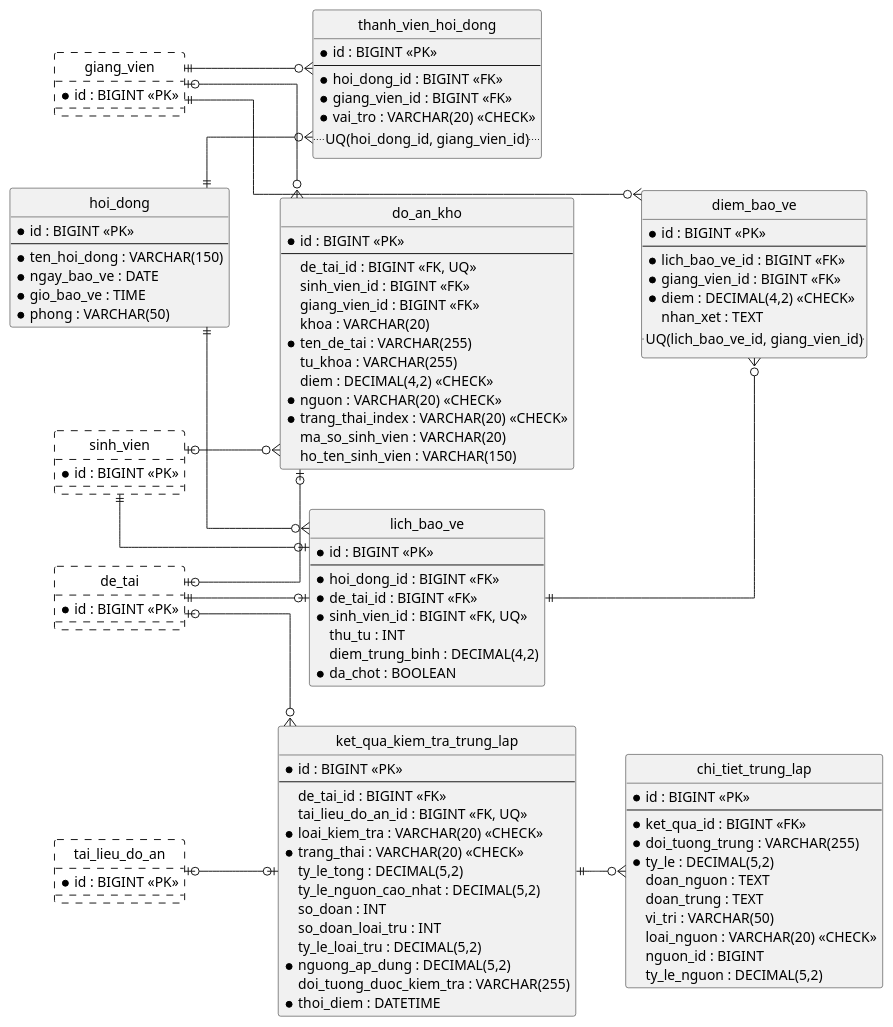
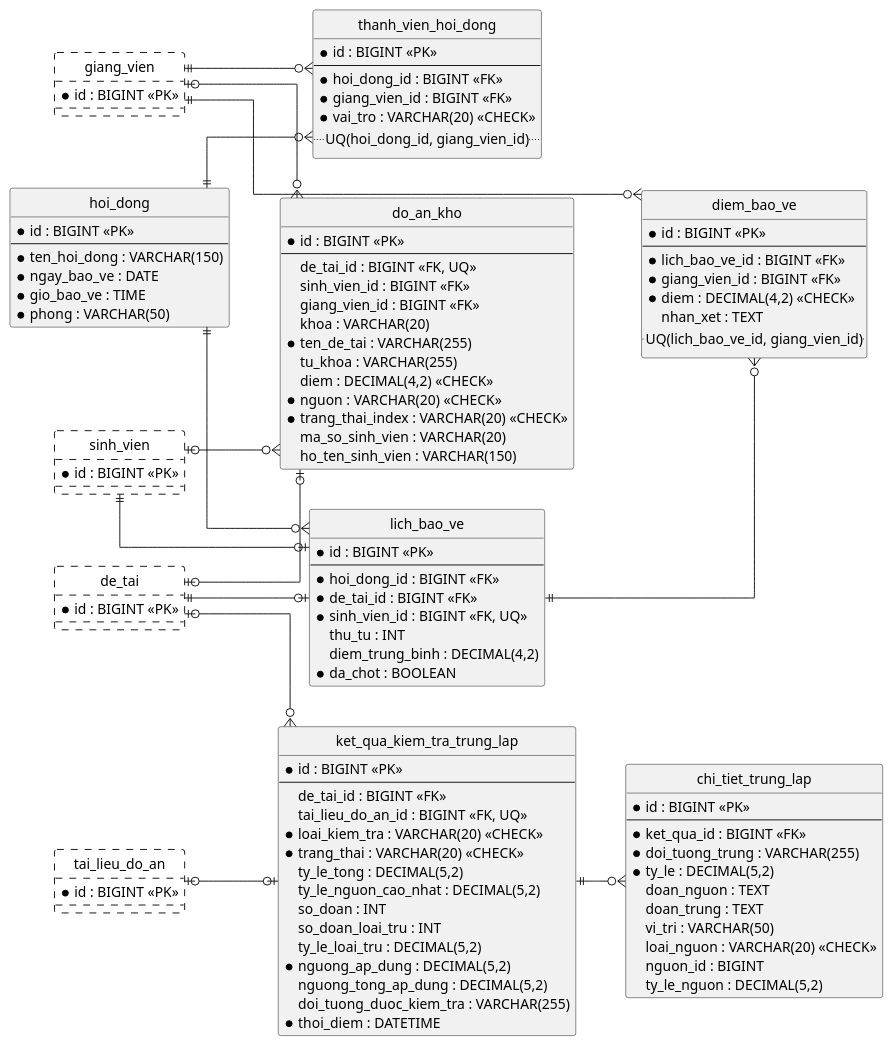
One commit to dtc235200036-alt/ICTU-DATN-NguyenThiMaiAnh changed the diagram in docs/chuong-3-thiet-ke/csdl/erd-bao-ve-kho-trung-lap.puml. Above: the diagram before and after it, drawn with PlantUML. The commit also changed 46 other files, not shown here.

```diff
--- a/docs/chuong-3-thiet-ke/csdl/erd-bao-ve-kho-trung-lap.puml
+++ b/docs/chuong-3-thiet-ke/csdl/erd-bao-ve-kho-trung-lap.puml
@@ -1,124 +1,125 @@
 @startuml erd-bao-ve-kho-trung-lap
 ' Nhóm 3 của thesis_core: hội đồng và bảo vệ, kho đồ án, kết quả kiểm tra
 ' trùng lặp. Trích từ erd.puml; bảng viền nét đứt thuộc nhóm khác.
 ' Quy ước: dấu * trước tên cột = NOT NULL.
 hide circle
 left to right direction
 skinparam linetype ortho
 skinparam nodesep 40
 skinparam ranksep 50
 
 entity "de_tai" as de_tai #FFFFFF;line.dashed {
   *id : BIGINT <<PK>>
 }
 entity "sinh_vien" as sinh_vien #FFFFFF;line.dashed {
   *id : BIGINT <<PK>>
 }
 entity "giang_vien" as giang_vien #FFFFFF;line.dashed {
   *id : BIGINT <<PK>>
 }
 entity "tai_lieu_do_an" as tai_lieu_do_an #FFFFFF;line.dashed {
   *id : BIGINT <<PK>>
 }
 
 entity "hoi_dong" as hoi_dong {
   *id : BIGINT <<PK>>
   --
   *ten_hoi_dong : VARCHAR(150)
   *ngay_bao_ve : DATE
   *gio_bao_ve : TIME
   *phong : VARCHAR(50)
 }
 
 entity "thanh_vien_hoi_dong" as thanh_vien_hoi_dong {
   *id : BIGINT <<PK>>
   --
   *hoi_dong_id : BIGINT <<FK>>
   *giang_vien_id : BIGINT <<FK>>
   *vai_tro : VARCHAR(20) <<CHECK>>
   ..UQ(hoi_dong_id, giang_vien_id)..
 }
 
 entity "lich_bao_ve" as lich_bao_ve {
   *id : BIGINT <<PK>>
   --
   *hoi_dong_id : BIGINT <<FK>>
   *de_tai_id : BIGINT <<FK>>
   *sinh_vien_id : BIGINT <<FK, UQ>>
   thu_tu : INT
   diem_trung_binh : DECIMAL(4,2)
   *da_chot : BOOLEAN
 }
 
 entity "diem_bao_ve" as diem_bao_ve {
   *id : BIGINT <<PK>>
   --
   *lich_bao_ve_id : BIGINT <<FK>>
   *giang_vien_id : BIGINT <<FK>>
   *diem : DECIMAL(4,2) <<CHECK>>
   nhan_xet : TEXT
   ..UQ(lich_bao_ve_id, giang_vien_id)..
 }
 
 entity "do_an_kho" as do_an_kho {
   *id : BIGINT <<PK>>
   --
   de_tai_id : BIGINT <<FK, UQ>>
   sinh_vien_id : BIGINT <<FK>>
   giang_vien_id : BIGINT <<FK>>
   khoa : VARCHAR(20)
   *ten_de_tai : VARCHAR(255)
   tu_khoa : VARCHAR(255)
   diem : DECIMAL(4,2) <<CHECK>>
   *nguon : VARCHAR(20) <<CHECK>>
   *trang_thai_index : VARCHAR(20) <<CHECK>>
   ma_so_sinh_vien : VARCHAR(20)
   ho_ten_sinh_vien : VARCHAR(150)
 }
 
 entity "ket_qua_kiem_tra_trung_lap" as ket_qua_kiem_tra_trung_lap {
   *id : BIGINT <<PK>>
   --
   de_tai_id : BIGINT <<FK>>
   tai_lieu_do_an_id : BIGINT <<FK, UQ>>
   *loai_kiem_tra : VARCHAR(20) <<CHECK>>
   *trang_thai : VARCHAR(20) <<CHECK>>
   ty_le_tong : DECIMAL(5,2)
   ty_le_nguon_cao_nhat : DECIMAL(5,2)
   so_doan : INT
   so_doan_loai_tru : INT
   ty_le_loai_tru : DECIMAL(5,2)
   *nguong_ap_dung : DECIMAL(5,2)
+  nguong_tong_ap_dung : DECIMAL(5,2)
   doi_tuong_duoc_kiem_tra : VARCHAR(255)
   *thoi_diem : DATETIME
 }
 
 entity "chi_tiet_trung_lap" as chi_tiet_trung_lap {
   *id : BIGINT <<PK>>
   --
   *ket_qua_id : BIGINT <<FK>>
   *doi_tuong_trung : VARCHAR(255)
   *ty_le : DECIMAL(5,2)
   doan_nguon : TEXT
   doan_trung : TEXT
   vi_tri : VARCHAR(50)
   loai_nguon : VARCHAR(20) <<CHECK>>
   nguon_id : BIGINT
   ty_le_nguon : DECIMAL(5,2)
 }
 
 hoi_dong ||--o{ thanh_vien_hoi_dong
 giang_vien ||--o{ thanh_vien_hoi_dong
 hoi_dong ||--o{ lich_bao_ve
 de_tai ||--o| lich_bao_ve
 sinh_vien ||--o| lich_bao_ve
 lich_bao_ve ||--o{ diem_bao_ve
 giang_vien ||--o{ diem_bao_ve
 de_tai |o--o| do_an_kho
 sinh_vien |o--o{ do_an_kho
 giang_vien |o--o{ do_an_kho
 de_tai |o--o{ ket_qua_kiem_tra_trung_lap
 tai_lieu_do_an |o--o| ket_qua_kiem_tra_trung_lap
 ket_qua_kiem_tra_trung_lap ||--o{ chi_tiet_trung_lap
 
 @enduml
```
